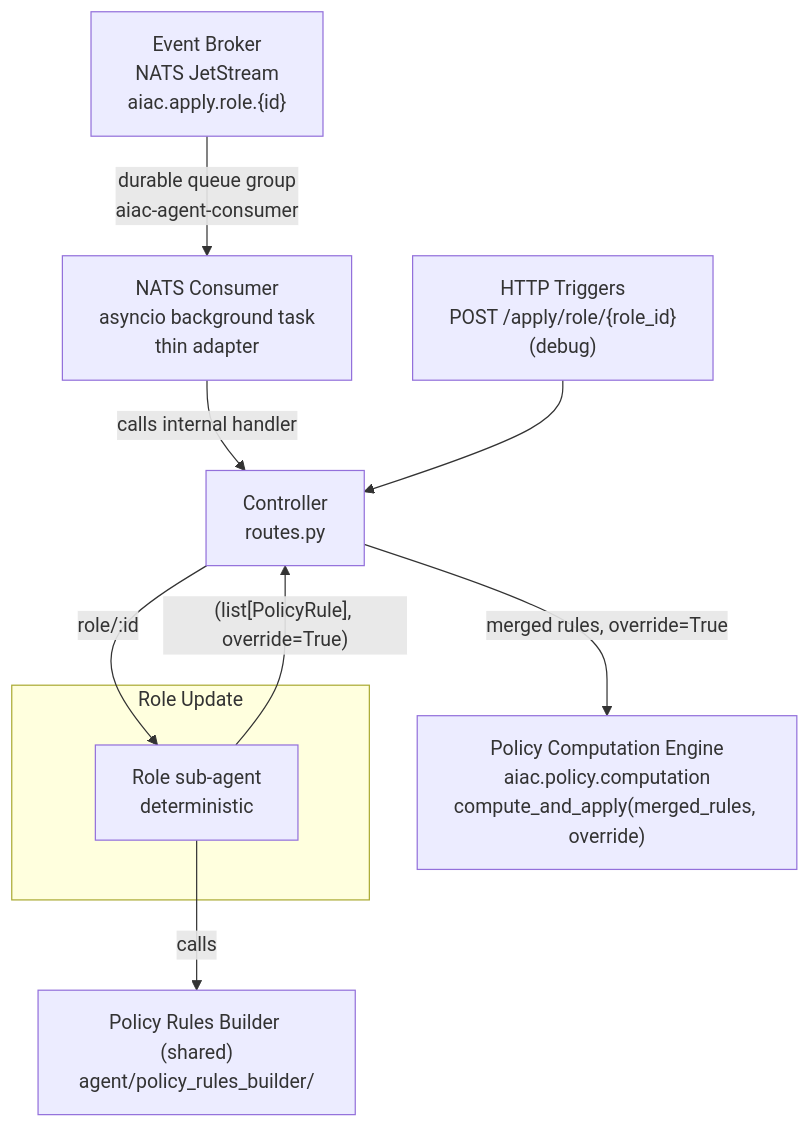
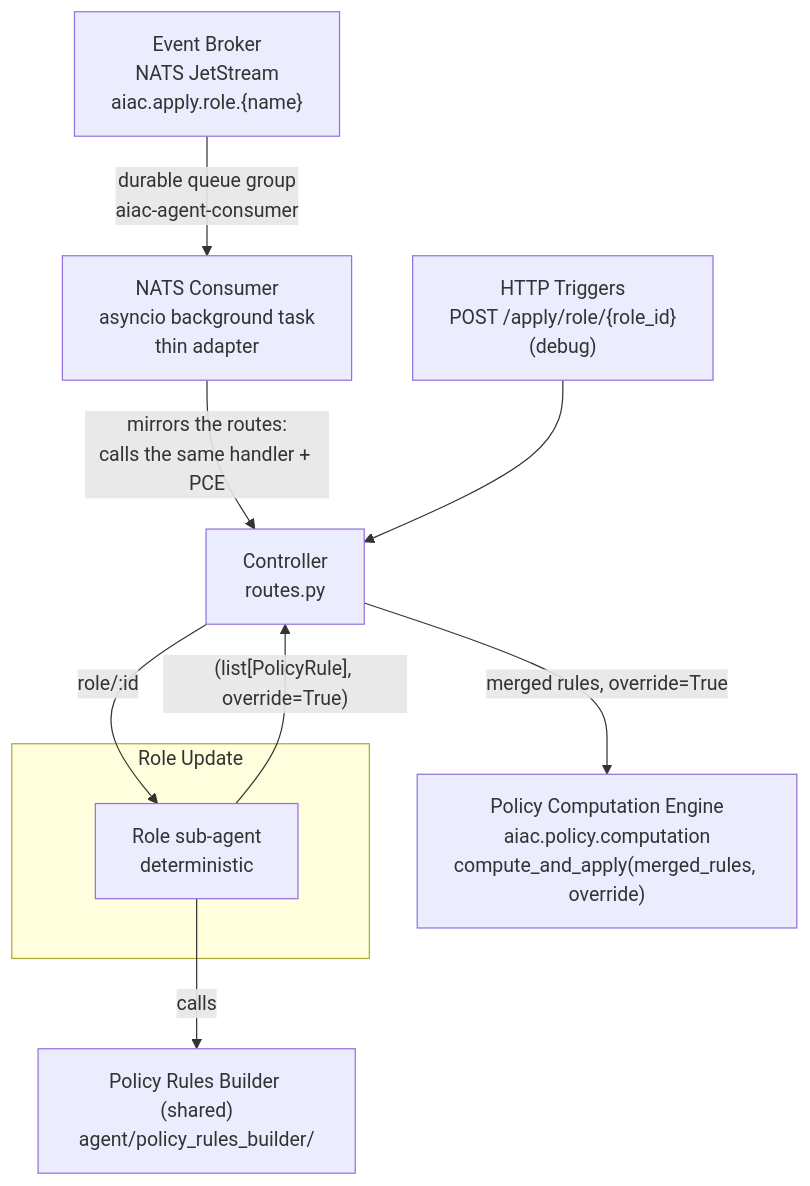
Before and after one commit to rossoctl/aiac: the diagram in docs/specs/components/aiac-agent/uc3-role-update.md, drawn with Mermaid. The commit also changed other lines of this file and 33 other files, not shown here.

````diff
--- a/docs/specs/components/aiac-agent/uc3-role-update.md
+++ b/docs/specs/components/aiac-agent/uc3-role-update.md
@@ -18,24 +18,24 @@
 ```mermaid
 flowchart TD
-    NATS["Event Broker\nNATS JetStream\naiac.apply.role.{id}"]
+    NATS["Event Broker\nNATS JetStream\naiac.apply.role.{name}"]
     NATS_CONSUMER["NATS Consumer\nasyncio background task\nthin adapter"]
     TRIGGERS["HTTP Triggers\nPOST /apply/role/{role_id}\n(debug)"]
     CTRL["Controller\nroutes.py"]
 
     NATS -->|"durable queue group\naiac-agent-consumer"| NATS_CONSUMER
-    NATS_CONSUMER -->|"calls internal handler"| CTRL
+    NATS_CONSUMER -->|"mirrors the routes:\ncalls the same handler + PCE"| CTRL
     TRIGGERS --> CTRL
 
     subgraph RR["Role Update"]
         SA["Role sub-agent\ndeterministic"]
     end
 
     PRB["Policy Rules Builder (shared)\nagent/policy_rules_builder/"]
     PCE["Policy Computation Engine\naiac.policy.computation\ncompute_and_apply(merged_rules, override)"]
 
     SA -->|"calls"| PRB
 
     CTRL -->|"role/:id"| SA
     SA -->|"(list[PolicyRule], override=True)"| CTRL
     CTRL -->|"merged rules, override=True"| PCE
 ```
````
